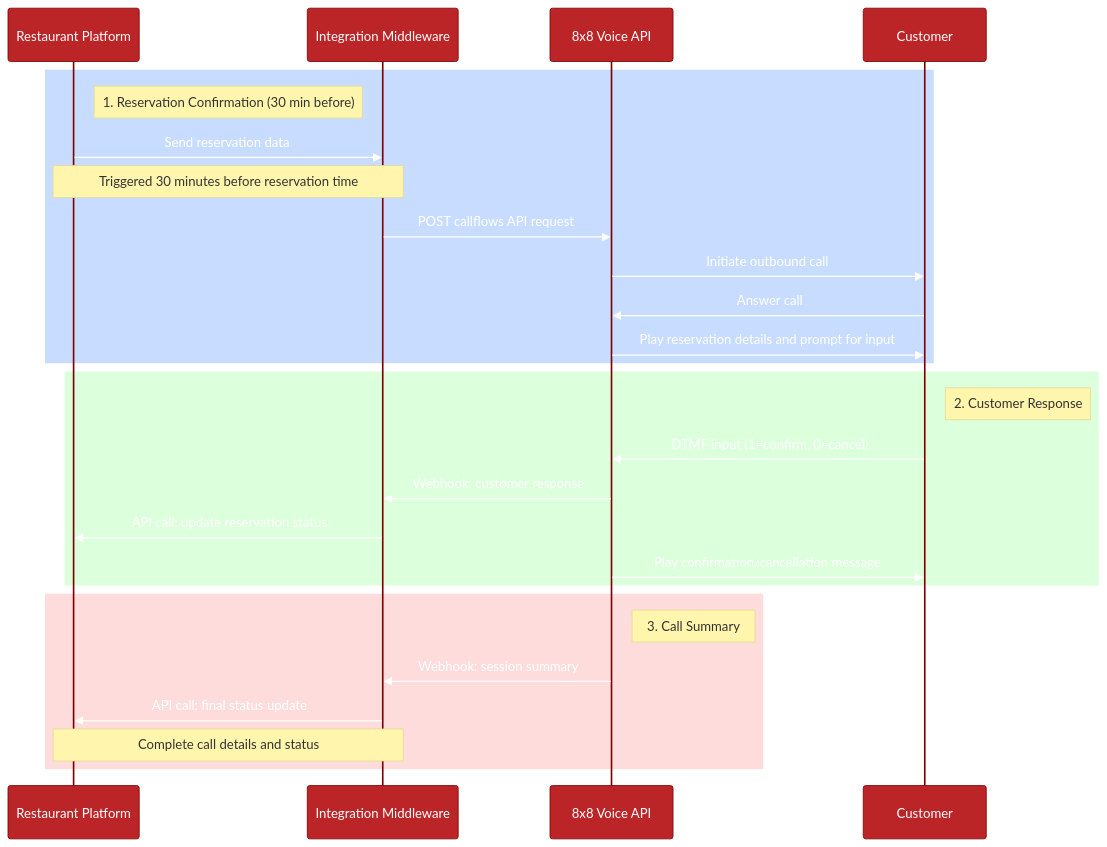
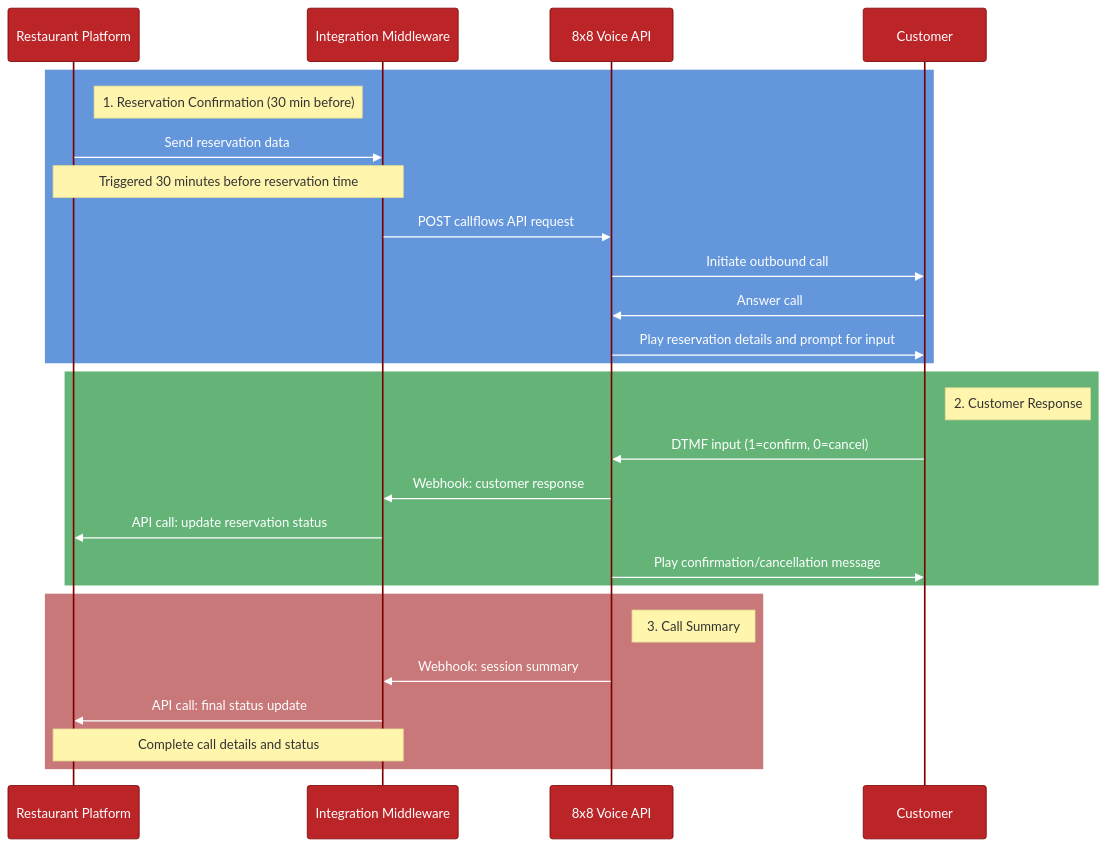
One commit to harrism04/voice_messaging changed the diagram in flow_diagram_simple.md. Above: the diagram before and after it, drawn with Mermaid.

Commit message:
Update flow_diagram_simple.md
more improved background colour of the flow diagram

````diff
--- a/flow_diagram_simple.md
+++ b/flow_diagram_simple.md
@@ -3,46 +3,45 @@
 ```mermaid
 %%{init: {
   'theme': 'base', 
   'themeVariables': {
     'primaryColor': '#BB2528',
     'primaryTextColor': '#fff',
     'primaryBorderColor': '#7C0000',
     'lineColor': '#F8B229',
     'secondaryColor': '#006100',
     'tertiaryColor': '#fff',
-    'textColor': 'var(--color-fg-default)',
-    'noteTextColor': 'var(--color-fg-default)',
+    'textColor': '#fff',
+    'noteTextColor': '#333',
     'noteBkgColor': '#fff5ad',
-    'noteTextColor': '#333',
-    'edgeLabelBackground': '#fff',
+    'edgeLabelBackground': 'rgba(0,0,0,0.5)',
     'background': 'transparent'
   }
 }}%%
 sequenceDiagram
     participant Platform as Restaurant Platform
     participant Middleware as Integration Middleware
     participant Voice8x8 as 8x8 Voice API
     participant Customer as Customer
-    rect rgb(200, 220, 255)
+    rect rgb(100, 150, 220)
         note right of Platform: 1. Reservation Confirmation (30 min before)
         Platform->>Middleware: Send reservation data
         Note over Platform,Middleware: Triggered 30 minutes before reservation time
         Middleware->>Voice8x8: POST callflows API request
         Voice8x8->>Customer: Initiate outbound call
         Customer->>Voice8x8: Answer call
         Voice8x8->>Customer: Play reservation details and prompt for input
     end
-    rect rgb(220, 255, 220)
+    rect rgb(100, 180, 120)
         note right of Customer: 2. Customer Response
         Customer->>Voice8x8: DTMF input (1=confirm, 0=cancel)
         Voice8x8->>Middleware: Webhook: customer response
         Middleware->>Platform: API call: update reservation status
         Voice8x8->>Customer: Play confirmation/cancellation message
     end
-    rect rgb(255, 220, 220)
+    rect rgb(200, 120, 120)
         note right of Voice8x8: 3. Call Summary
         Voice8x8->>Middleware: Webhook: session summary
         Middleware->>Platform: API call: final status update
         Note over Middleware,Platform: Complete call details and status
     end
 ```
````
